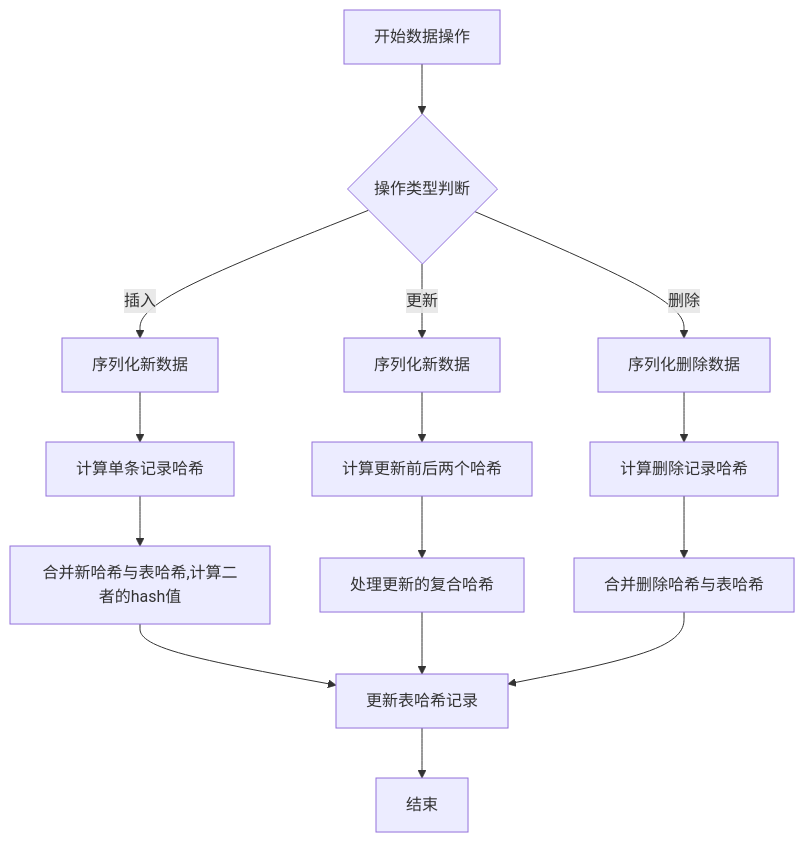
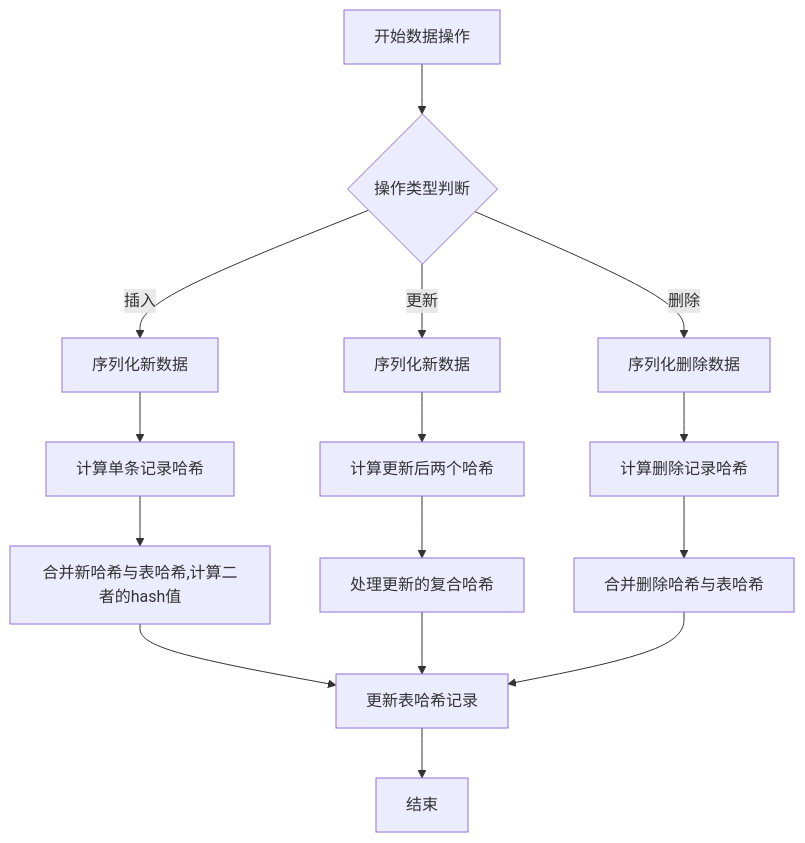
The diagram in all/未命名-63.md (yingjianzh/iodraw-files), drawn with Mermaid before and after one commit.

Commit message:
2025-05-19 15:01:30 update

````diff
--- a/all/未命名-63.md
+++ b/all/未命名-63.md
@@ -1,21 +1,21 @@
 ```mermaid
 flowchart TD
     A[开始数据操作] --> B{操作类型判断}
     B -->|插入| C[序列化新数据]
     B -->|更新| D[序列化新数据]
     B -->|删除| E[序列化删除数据]
     
     C --> F[计算单条记录哈希]
-    D --> G[计算更新前后两个哈希]
+    D --> G[计算更新后两个哈希]
     E --> H[计算删除记录哈希]
     
     F --> I[合并新哈希与表哈希,计算二者的hash值]
     G --> J[处理更新的复合哈希]
     H --> K[合并删除哈希与表哈希]
     
     I --> L[更新表哈希记录]
     J --> L
     K --> L
     
     L --> M[结束]
 ```
````
